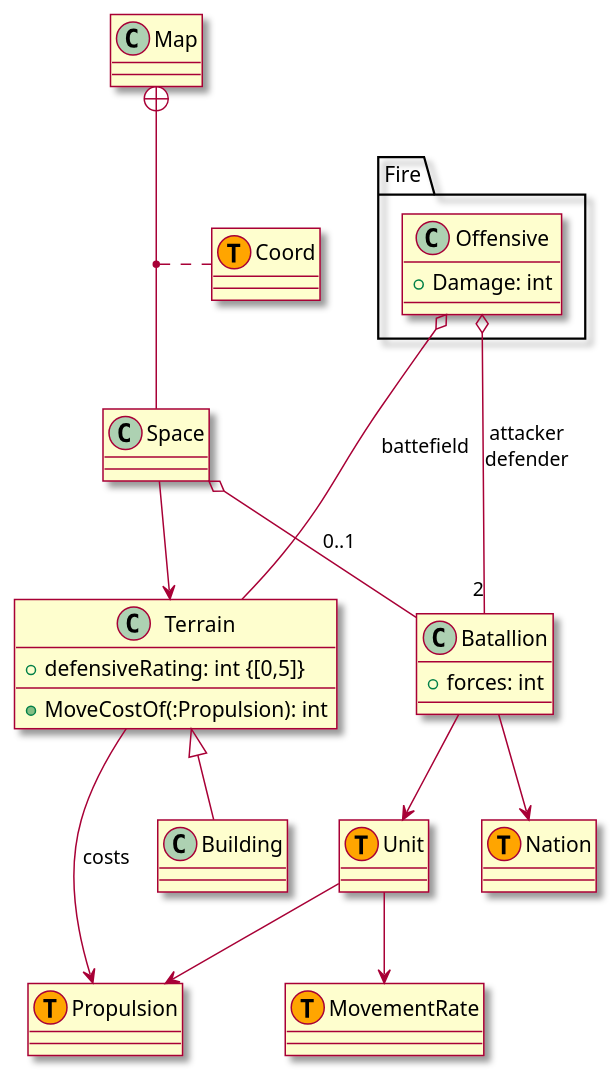
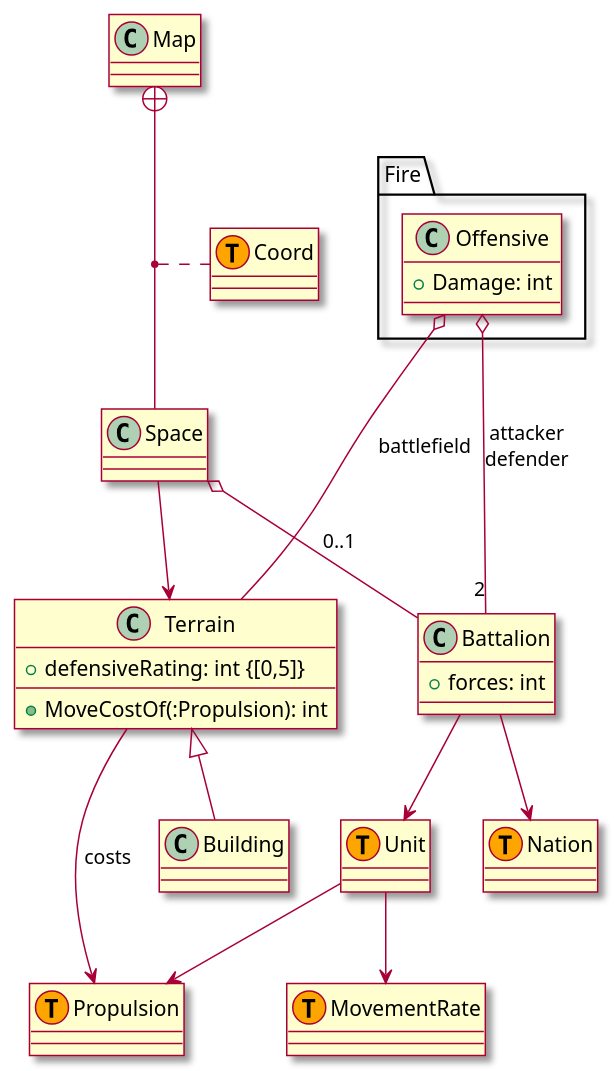
Before and after one commit to RicardoGuzmanVelasco/AdvanceWars: the diagram in Assets/AdvanceWars/Documentation~/Classes.puml, drawn with PlantUML.

Commit message:
fix: change Batallion for Battalion and battefield for battlefield

```diff
--- a/Assets/AdvanceWars/Documentation~/Classes.puml
+++ b/Assets/AdvanceWars/Documentation~/Classes.puml
@@ -1,38 +1,38 @@
 @startuml
 skin rose
 
 class Propulsion <<(T, Orange)>>
 class Terrain{
     +defensiveRating: int {[0,5]}
     +MoveCostOf(:Propulsion): int
 }
-class Batallion{
+class Battalion{
     +forces: int
 }
 class Unit <<(T, Orange)>>
 class MovementRate <<(T, Orange)>>
 class Nation <<(T, Orange)>>
 class Map
 class Space
 class Coord <<(T, orange)>>
 package Fire{
 class Offensive{
 +Damage: int
 }
 }
 
 Unit --> Propulsion
 Unit --> MovementRate
 Map +-- Space
 (Map, Space) .. Coord
 Space --> Terrain
 Terrain --> Propulsion : costs
-Batallion --> Nation
-Space o-- Batallion : 0..1
-Batallion --> Unit
+Battalion --> Nation
+Space o-- Battalion : 0..1
+Battalion --> Unit
 Building -u-|> Terrain
 
-Offensive o--- "2" Batallion : attacker\ndefender
-Offensive o--- Terrain : battefield
+Offensive o--- "2" Battalion : attacker\ndefender
+Offensive o--- Terrain : battlefield
 
 @enduml
```
